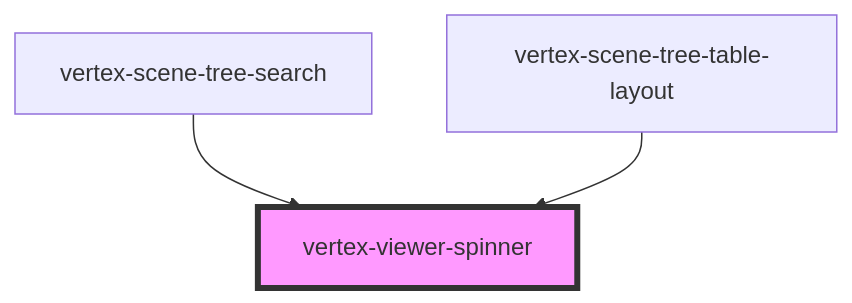
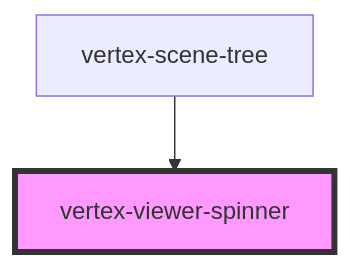
One commit to Vertexvis/vertex-web-sdk changed the diagram in packages/viewer/src/components/viewer-spinner/readme.md. Above: the diagram before and after it, drawn with Mermaid. The commit also changed other lines of this file and 5 other files, not shown here.

````diff
--- a/packages/viewer/src/components/viewer-spinner/readme.md
+++ b/packages/viewer/src/components/viewer-spinner/readme.md
@@ -23,6 +22,5 @@
 ```mermaid
 graph TD;
-  vertex-scene-tree-search --> vertex-viewer-spinner
-  vertex-scene-tree-table-layout --> vertex-viewer-spinner
+  vertex-scene-tree --> vertex-viewer-spinner
   style vertex-viewer-spinner fill:#f9f,stroke:#333,stroke-width:4px
 ```
````
